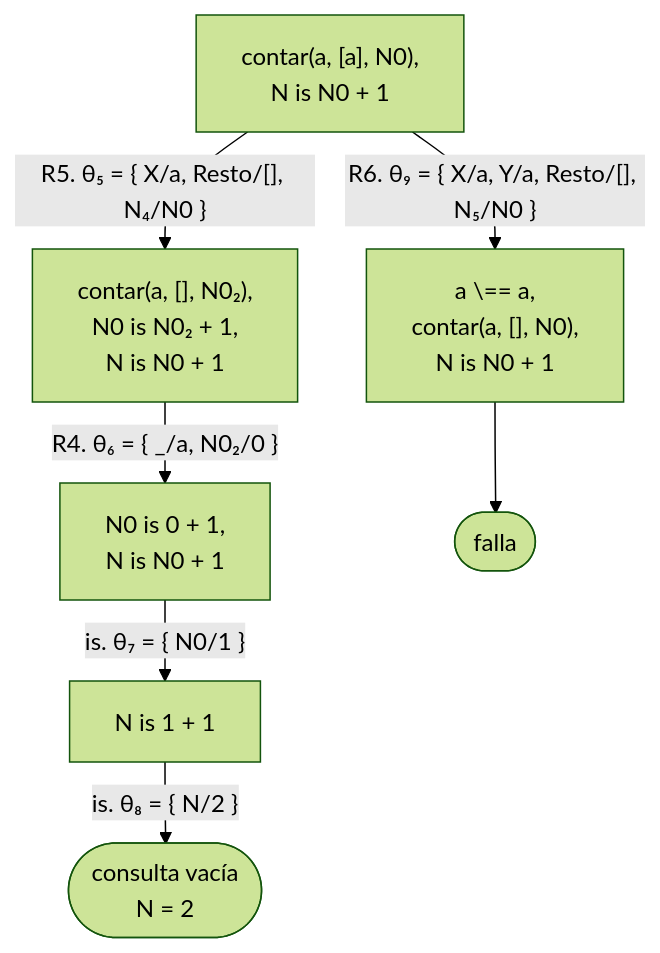
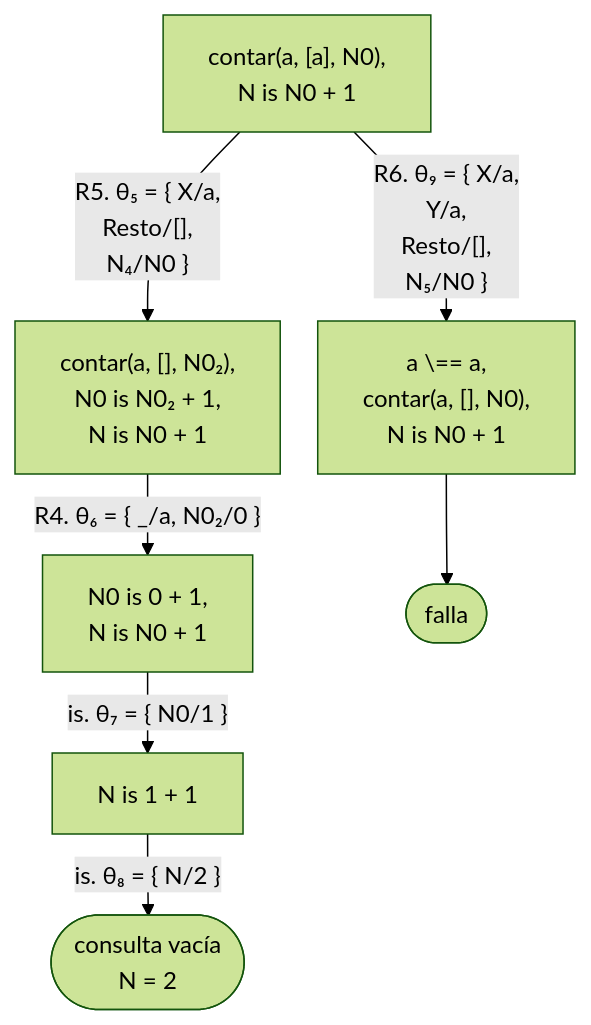
Before and after one commit to CesarBallardini/curso-de-prolog: the third of 6 diagrams in docs/capitulo-11-texto/index.md, drawn with Mermaid (forest theme). The commit also changed other lines of this file and 24 other files, not shown here.

First line of the commit message:
feat(docs): botones para ocultar las columnas laterales y etiquetas cortas en los diagramas

````diff
--- a/docs/capitulo-11-texto/index.md
+++ b/docs/capitulo-11-texto/index.md
@@ -522,11 +522,11 @@
 ```mermaid
 %%{init: {"flowchart": {"rankSpacing": 30, "nodeSpacing": 25}}}%%
 flowchart TD
     F["contar(a, [a], N0),<br/>N is N0 + 1"]
-    F -- "R5. θ₅ = {&nbsp;X/a, Resto/[], N₄/N0&nbsp;}" --> G["contar(a, [], N0₂),<br/>N0 is N0₂ + 1,<br/>N is N0 + 1"]
+    F -- "R5. θ₅ = {&nbsp;X/a,<br/>Resto/[],<br/>N₄/N0&nbsp;}" --> G["contar(a, [], N0₂),<br/>N0 is N0₂ + 1,<br/>N is N0 + 1"]
     G -- "R4. θ₆ = {&nbsp;_/a, N0₂/0&nbsp;}" --> H["N0 is 0 + 1,<br/>N is N0 + 1"]
     H -- "is. θ₇ = {&nbsp;N0/1&nbsp;}" --> I["N is 1 + 1"]
     I -- "is. θ₈ = {&nbsp;N/2&nbsp;}" --> S(["consulta vacía<br/>N = 2"])
-    F -- "R6. θ₉ = {&nbsp;X/a, Y/a, Resto/[], N₅/N0&nbsp;}" --> K["a \== a,<br/>contar(a, [], N0),<br/>N is N0 + 1"]
+    F -- "R6. θ₉ = {&nbsp;X/a,<br/>Y/a,<br/>Resto/[],<br/>N₅/N0&nbsp;}" --> K["a \== a,<br/>contar(a, [], N0),<br/>N is N0 + 1"]
     K --> KF(["falla"])
 ```
````
